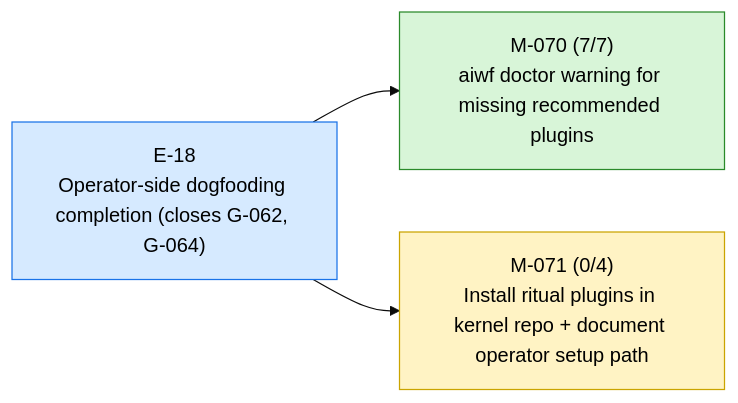
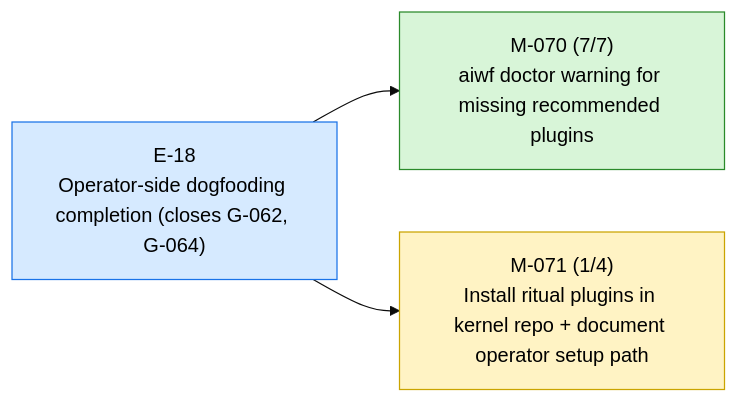
The first of 3 diagrams in STATUS.md (23min/aiwf), drawn with Mermaid (base theme) before and after one commit. The commit also changed other lines of this file and 1 other file, not shown here.

````diff
--- a/STATUS.md
+++ b/STATUS.md
@@ -12,14 +12,14 @@
 ```mermaid
 flowchart LR
   E_18["E-18<br/>Operator-side dogfooding completion (closes G-062, G-064)"]:::epic_active
   M_070["M-070 (7/7)<br/>aiwf doctor warning for missing recommended plugins"]:::ms_done
   E_18 --> M_070
-  M_071["M-071 (0/4)<br/>Install ritual plugins in kernel repo + document operator setup path"]:::ms_in_progress
+  M_071["M-071 (1/4)<br/>Install ritual plugins in kernel repo + document operator setup path"]:::ms_in_progress
   E_18 --> M_071
   classDef epic_active fill:#d6eaff,stroke:#1a73e8,color:#000
   classDef epic_proposed fill:#f4f4f4,stroke:#888,color:#000
   classDef ms_done fill:#d8f5d8,stroke:#2a8a2a,color:#000
   classDef ms_in_progress fill:#fff3c4,stroke:#caa400,color:#000
   classDef ms_draft fill:#f4f4f4,stroke:#888,color:#000
   classDef ms_cancelled fill:#fbeaea,stroke:#c33,color:#000
 ```
````
